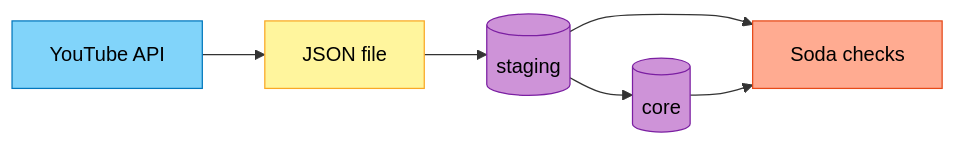
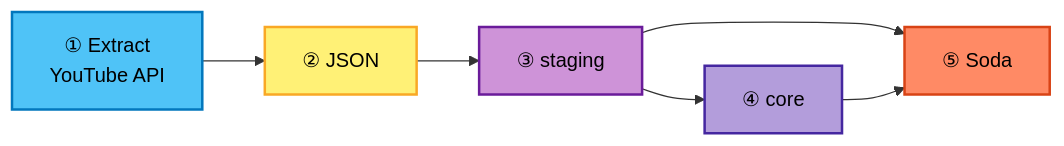
One commit to BenDatta/Youtube-ETL changed the first of 2 diagrams in README.md. Above: the diagram before and after it, drawn with Mermaid. The commit also changed other lines of this file, not shown here.

First line of the commit message:
Shorten README and add Testing and CI/CD sections with diagrams.

````diff
--- a/README.md
+++ b/README.md
@@ -32,18 +16,14 @@
 ```mermaid
 flowchart LR
-  API[YouTube API] --> JSON[JSON file]
-  JSON --> STG[(staging)]
-  STG --> CORE[(core)]
-  STG --> SODA[Soda checks]
-  CORE --> SODA
+  A["① Extract<br/>YouTube API"] --> B["② JSON"]
+  B --> C["③ staging"]
+  C --> D["④ core"]
+  C --> E["⑤ Soda"]
+  D --> E
 
-  classDef api fill:#81D4FA,stroke:#0277BD,color:#000
-  classDef file fill:#FFF59D,stroke:#F9A825,color:#000
-  classDef db fill:#CE93D8,stroke:#7B1FA2,color:#000
-  classDef qa fill:#FFAB91,stroke:#E64A19,color:#000
-
-  class API api
-  class JSON file
-  class STG,CORE db
-  class SODA qa
+  style A fill:#4FC3F7,stroke:#0277BD,stroke-width:2px,color:#000
+  style B fill:#FFF176,stroke:#F9A825,stroke-width:2px,color:#000
+  style C fill:#CE93D8,stroke:#6A1B9A,stroke-width:2px,color:#000
+  style D fill:#B39DDB,stroke:#4527A0,stroke-width:2px,color:#000
+  style E fill:#FF8A65,stroke:#D84315,stroke-width:2px,color:#000
 ```
````
